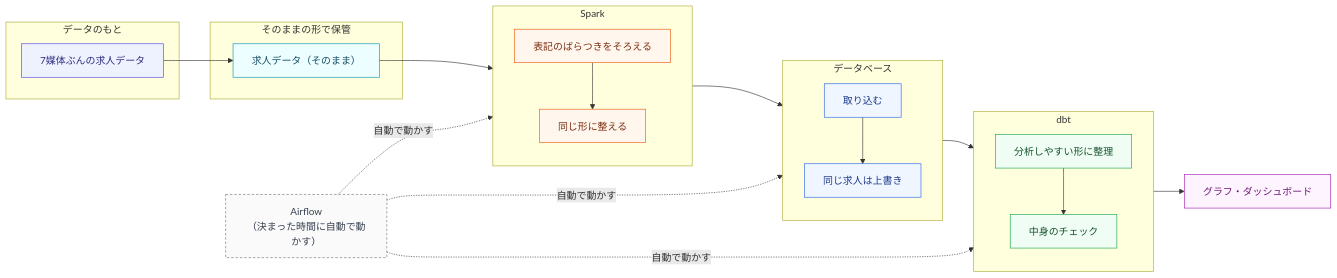
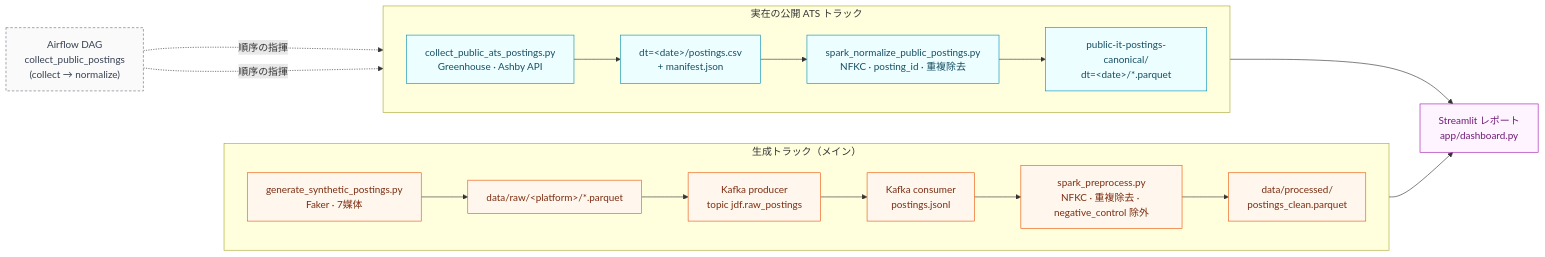
The diagram in README.ja.md (younnieCutler/job-posting-standardization), drawn with Mermaid before and after one commit. The commit also changed other lines of this file and 5 other files, not shown here.

````diff
--- a/README.ja.md
+++ b/README.ja.md
@@ -82,57 +84,34 @@
 ```mermaid
 flowchart LR
-    subgraph SRC["データのもと"]
-        S1["7媒体ぶんの求人データ"]
+    subgraph GEN["生成トラック（メイン）"]
+        direction LR
+        G1["generate_synthetic_postings.py<br/>Faker · 7媒体"] --> G2["data/raw/&lt;platform&gt;/*.parquet"]
+        G2 --> K1["Kafka producer<br/>topic jdf.raw_postings"]
+        K1 --> K2["Kafka consumer<br/>postings.jsonl"]
+        K2 --> SPP["spark_preprocess.py<br/>NFKC · 重複除去 · negative_control 除外"]
+        SPP --> P1["data/processed/<br/>postings_clean.parquet"]
     end
 
-    subgraph RAW["そのままの形で保管"]
-        R1["求人データ（そのまま）"]
+    subgraph ATS["実在の公開 ATS トラック"]
+        direction LR
+        A1["collect_public_ats_postings.py<br/>Greenhouse · Ashby API"] --> A2["dt=&lt;date&gt;/postings.csv<br/>+ manifest.json"]
+        A2 --> A3["spark_normalize_public_postings.py<br/>NFKC · posting_id · 重複除去"]
+        A3 --> A4["public-it-postings-canonical/<br/>dt=&lt;date&gt;/*.parquet"]
     end
 
-    subgraph SPARK["Spark"]
-        direction TB
-        SP1["表記のばらつきをそろえる"]
-        SP2["同じ形に整える"]
-    end
+    P1 --> ST["Streamlit レポート<br/>app/dashboard.py"]
+    A4 --> ST
 
-    subgraph BQ["データベース"]
-        direction TB
-        B1["取り込む"]
-        B2["同じ求人は上書き"]
-    end
+    AF["Airflow DAG<br/>collect_public_postings<br/>(collect → normalize)"]
+    AF -. 順序の指揮 .-> A1
+    AF -. 順序の指揮 .-> A3
 
-    subgraph DBT["dbt"]
-        direction TB
-        D1["分析しやすい形に整理"]
-        D2["中身のチェック"]
-    end
-
-    LOOKER["グラフ・ダッシュボード"]
-
-    S1 --> R1 --> SP1
-    SP1 --> SP2
-    SP2 --> B1 --> B2
-    B2 --> D1 --> D2
-    D2 --> LOOKER
-
-    AF["Airflow<br/>（決まった時間に自動で動かす）"]
-    AF -.自動で動かす.-> SPARK
-    AF -.自動で動かす.-> BQ
-    AF -.自動で動かす.-> DBT
-
-    classDef src fill:#eef2ff,stroke:#4f46e5,color:#312e81
-    classDef raw fill:#ecfeff,stroke:#0891b2,color:#164e63
-    classDef spark fill:#fff7ed,stroke:#ea580c,color:#7c2d12
-    classDef bq fill:#eff6ff,stroke:#2563eb,color:#1e3a8a
-    classDef dbt fill:#f0fdf4,stroke:#16a34a,color:#14532d
-    classDef looker fill:#fdf4ff,stroke:#a21caf,color:#701a75
+    classDef gen fill:#fff7ed,stroke:#ea580c,color:#7c2d12
+    classDef ats fill:#ecfeff,stroke:#0891b2,color:#164e63
+    classDef st fill:#fdf4ff,stroke:#a21caf,color:#701a75
     classDef af fill:#fafafa,stroke:#6b7280,color:#374151,stroke-dasharray: 4 3
-
-    class S1 src
-    class R1 raw
-    class SP1,SP2 spark
-    class B1,B2 bq
-    class D1,D2 dbt
-    class LOOKER looker
+    class G1,G2,K1,K2,SPP,P1 gen
+    class A1,A2,A3,A4 ats
+    class ST st
     class AF af
 ```
````
